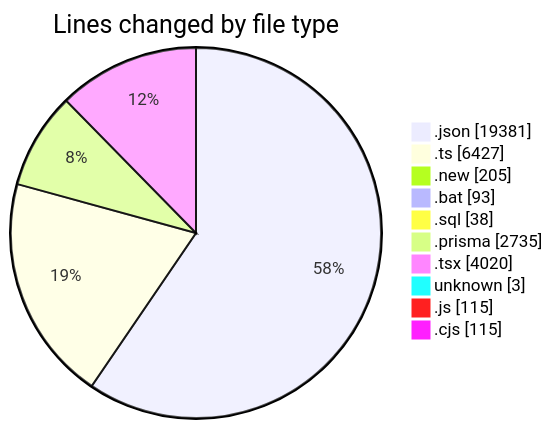
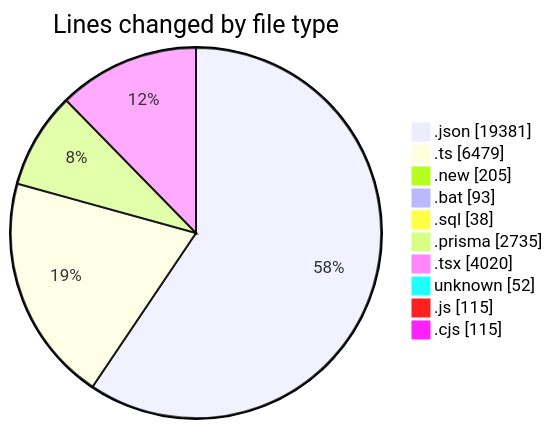
One commit to CELIANVF/code-tracking changed the first of 2 diagrams in 2025-05-20/ecodeli-1/README.md. Above: the diagram before and after it, drawn with Mermaid. The commit also changed other lines of this file and 1 other file, not shown here.

````diff
--- a/2025-05-20/ecodeli-1/README.md
+++ b/2025-05-20/ecodeli-1/README.md
@@ -76,14 +76,14 @@
 ```mermaid
 pie showData
 title Lines changed by file type
 ".json" : 19381
-".ts" : 6427
+".ts" : 6479
 ".new" : 205
 ".bat" : 93
 ".sql" : 38
 ".prisma" : 2735
 ".tsx" : 4020
-"unknown" : 3
+"unknown" : 52
 ".js" : 115
 ".cjs" : 115
 ```
````
